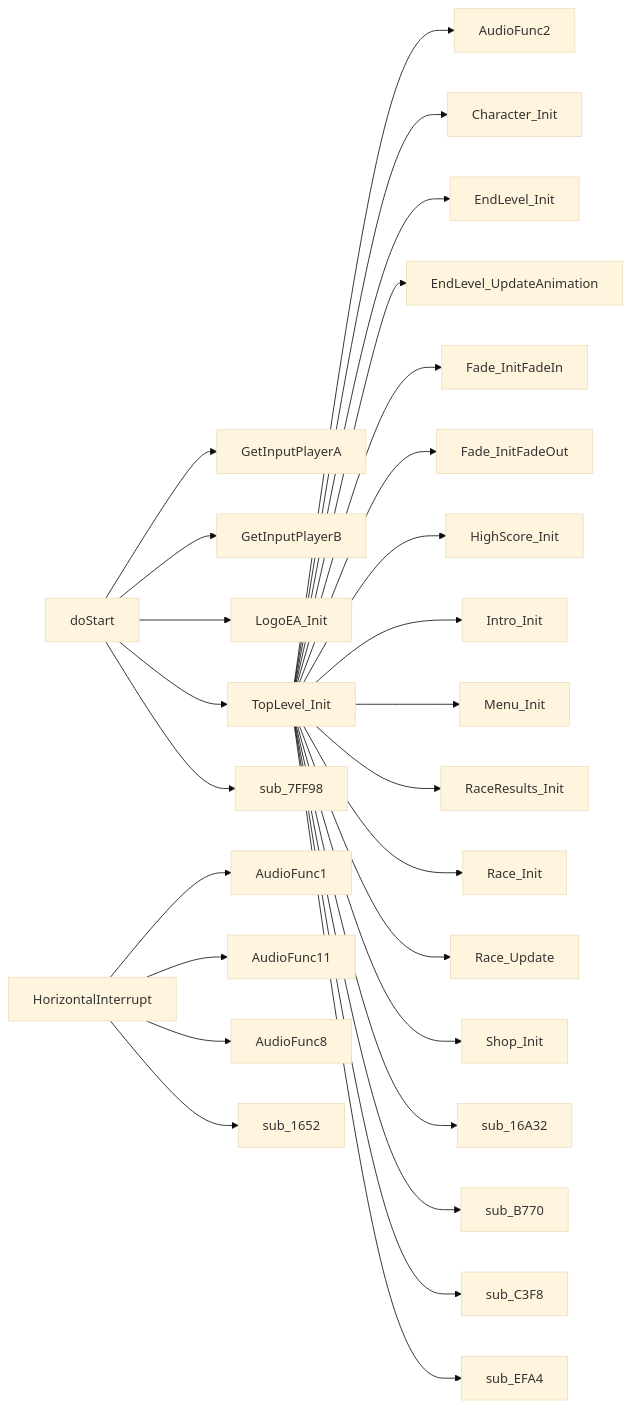
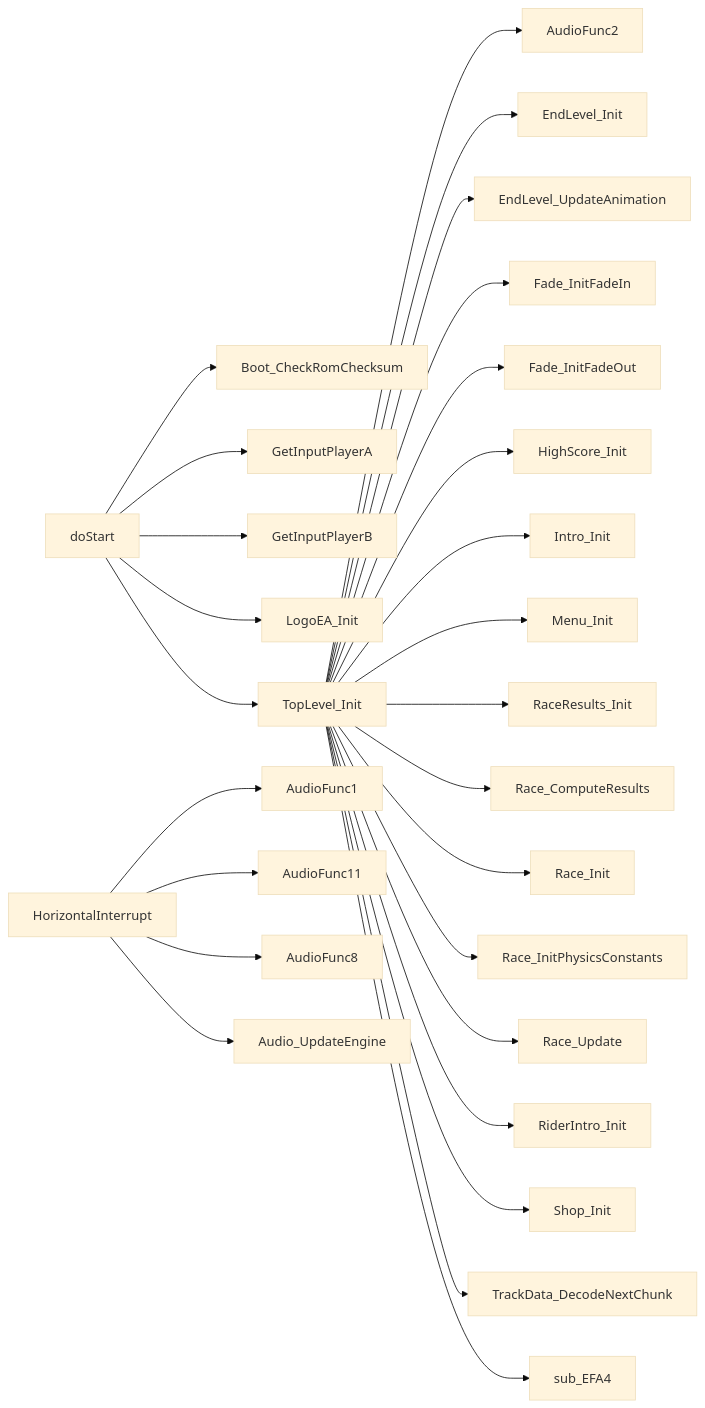
Before and after one commit to Unnunu/roadrashdisasm: the diagram in docs/callgraph.md, drawn with Mermaid (base theme). The commit also changed other lines of this file and 44 other files, not shown here.

````diff
--- a/docs/callgraph.md
+++ b/docs/callgraph.md
@@ -19,32 +19,32 @@
 ```mermaid
 flowchart LR
     doStart["doStart"]
+    doStart["doStart"] --> Boot_CheckRomChecksum["Boot_CheckRomChecksum"]
     doStart["doStart"] --> GetInputPlayerA["GetInputPlayerA"]
     doStart["doStart"] --> GetInputPlayerB["GetInputPlayerB"]
     doStart["doStart"] --> LogoEA_Init["LogoEA_Init"]
     doStart["doStart"] --> TopLevel_Init["TopLevel_Init"]
-    doStart["doStart"] --> sub_7FF98["sub_7FF98"]
     TopLevel_Init["TopLevel_Init"]
     TopLevel_Init["TopLevel_Init"] --> AudioFunc2["AudioFunc2"]
-    TopLevel_Init["TopLevel_Init"] --> Character_Init["Character_Init"]
     TopLevel_Init["TopLevel_Init"] --> EndLevel_Init["EndLevel_Init"]
     TopLevel_Init["TopLevel_Init"] --> EndLevel_UpdateAnimation["EndLevel_UpdateAnimation"]
     TopLevel_Init["TopLevel_Init"] --> Fade_InitFadeIn["Fade_InitFadeIn"]
     TopLevel_Init["TopLevel_Init"] --> Fade_InitFadeOut["Fade_InitFadeOut"]
     TopLevel_Init["TopLevel_Init"] --> HighScore_Init["HighScore_Init"]
     TopLevel_Init["TopLevel_Init"] --> Intro_Init["Intro_Init"]
     TopLevel_Init["TopLevel_Init"] --> Menu_Init["Menu_Init"]
     TopLevel_Init["TopLevel_Init"] --> RaceResults_Init["RaceResults_Init"]
+    TopLevel_Init["TopLevel_Init"] --> Race_ComputeResults["Race_ComputeResults"]
     TopLevel_Init["TopLevel_Init"] --> Race_Init["Race_Init"]
+    TopLevel_Init["TopLevel_Init"] --> Race_InitPhysicsConstants["Race_InitPhysicsConstants"]
     TopLevel_Init["TopLevel_Init"] --> Race_Update["Race_Update"]
+    TopLevel_Init["TopLevel_Init"] --> RiderIntro_Init["RiderIntro_Init"]
     TopLevel_Init["TopLevel_Init"] --> Shop_Init["Shop_Init"]
-    TopLevel_Init["TopLevel_Init"] --> sub_16A32["sub_16A32"]
-    TopLevel_Init["TopLevel_Init"] --> sub_B770["sub_B770"]
-    TopLevel_Init["TopLevel_Init"] --> sub_C3F8["sub_C3F8"]
+    TopLevel_Init["TopLevel_Init"] --> TrackData_DecodeNextChunk["TrackData_DecodeNextChunk"]
     TopLevel_Init["TopLevel_Init"] --> sub_EFA4["sub_EFA4"]
     HorizontalInterrupt["HorizontalInterrupt"]
     HorizontalInterrupt["HorizontalInterrupt"] --> AudioFunc1["AudioFunc1"]
     HorizontalInterrupt["HorizontalInterrupt"] --> AudioFunc11["AudioFunc11"]
     HorizontalInterrupt["HorizontalInterrupt"] --> AudioFunc8["AudioFunc8"]
-    HorizontalInterrupt["HorizontalInterrupt"] --> sub_1652["sub_1652"]
+    HorizontalInterrupt["HorizontalInterrupt"] --> Audio_UpdateEngine["Audio_UpdateEngine"]
 ```
````
